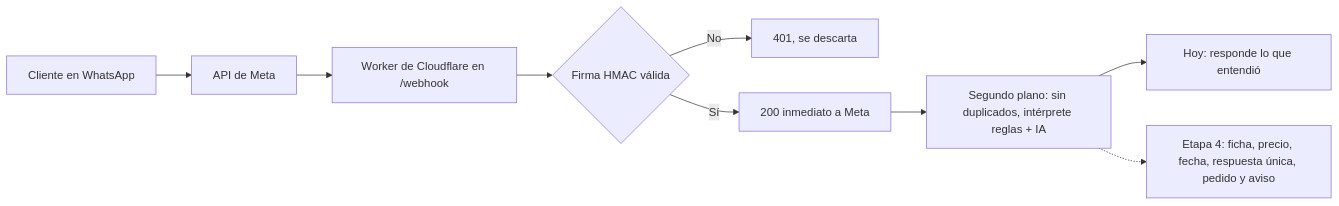
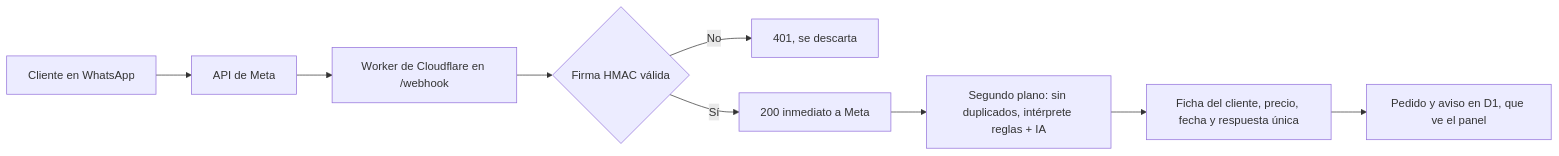
The diagram in README.md (francorodriguezt/Brunen-chatbot), drawn with Mermaid before and after one commit. The commit also changed other lines of this file and 3 other files, not shown here.

````diff
--- a/README.md
+++ b/README.md
@@ -28,11 +28,11 @@
 ```mermaid
 flowchart LR
   A[Cliente en WhatsApp] --> B[API de Meta]
   B --> C[Worker de Cloudflare en /webhook]
   C --> D{Firma HMAC válida}
   D -- No --> E[401, se descarta]
   D -- Sí --> F[200 inmediato a Meta]
   F --> G[Segundo plano: sin duplicados, intérprete reglas + IA]
-  G --> H[Hoy: responde lo que entendió]
-  G -.-> I[Etapa 4: ficha, precio, fecha, respuesta única, pedido y aviso]
+  G --> H[Ficha del cliente, precio, fecha y respuesta única]
+  H --> I[Pedido y aviso en D1, que ve el panel]
 ```
````
